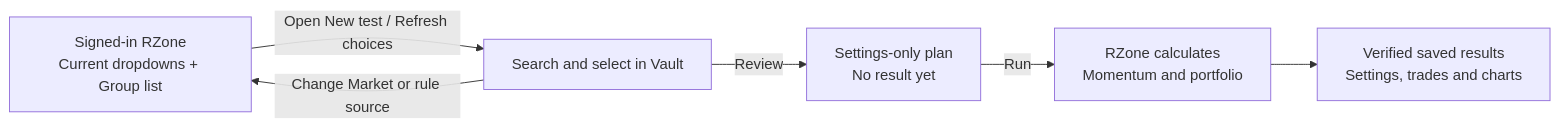
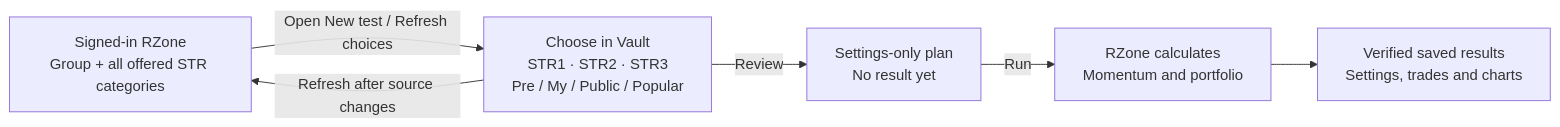
The third of 12 diagrams in README.md (mamamiya7/backtest-vault), drawn with Mermaid before and after one commit. The commit also changed other lines of this file and 18 other files, not shown here.

Commit message:
Load all strategy rule categories into Vault

````diff
--- a/README.md
+++ b/README.md
@@ -54,8 +54,8 @@
 ```mermaid
 flowchart LR
-    A["Signed-in RZone<br/>Current dropdowns + Group list"] -->|"Open New test / Refresh choices"| B["Search and select in Vault"]
-    B -->|"Change Market or rule source"| A
+    A["Signed-in RZone<br/>Group + all offered STR categories"] -->|"Open New test / Refresh choices"| B["Choose in Vault<br/>STR1 · STR2 · STR3<br/>Pre / My / Public / Popular"]
+    B -->|"Refresh after source changes"| A
     B -->|"Review"| C["Settings-only plan<br/>No result yet"]
     C -->|"Run"| D["RZone calculates<br/>Momentum and portfolio"]
     D --> E["Verified saved results<br/>Settings, trades and charts"]
 ```
````
